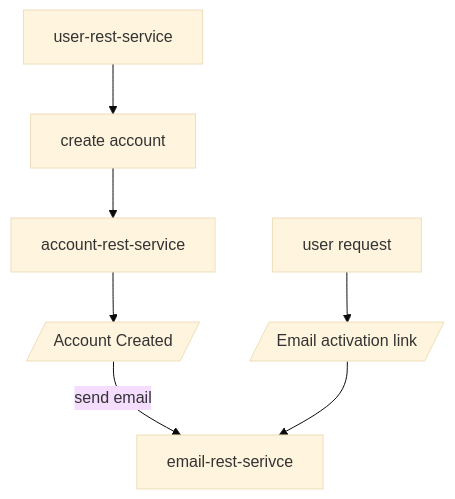
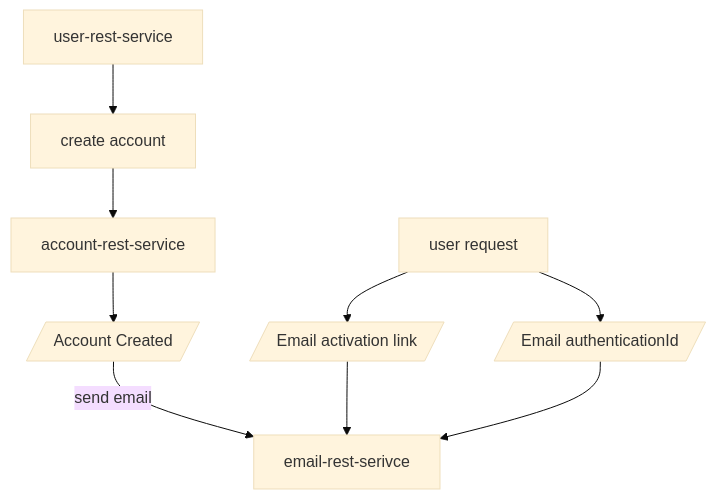
Before and after one commit to sonamsamdupkhangsar/email-rest-service: the diagram in README.md, drawn with Mermaid (base theme).

Commit message:
add mermaidms

````diff
--- a/README.md
+++ b/README.md
@@ -9,7 +9,9 @@
 ```mermaid
 flowchart TD
  UserService[user-rest-service] --> create[create account] -->Account[account-rest-service]
  Account-->accountCreated[/Account Created/]--"send email"--> email[email-rest-serivce]
  User[user request] --> emailActivationLink[/Email activation link/]--> email 
 
+ User --> emailAuthenticationId[/Email authenticationId/]--> email
+ 
 ```
````
